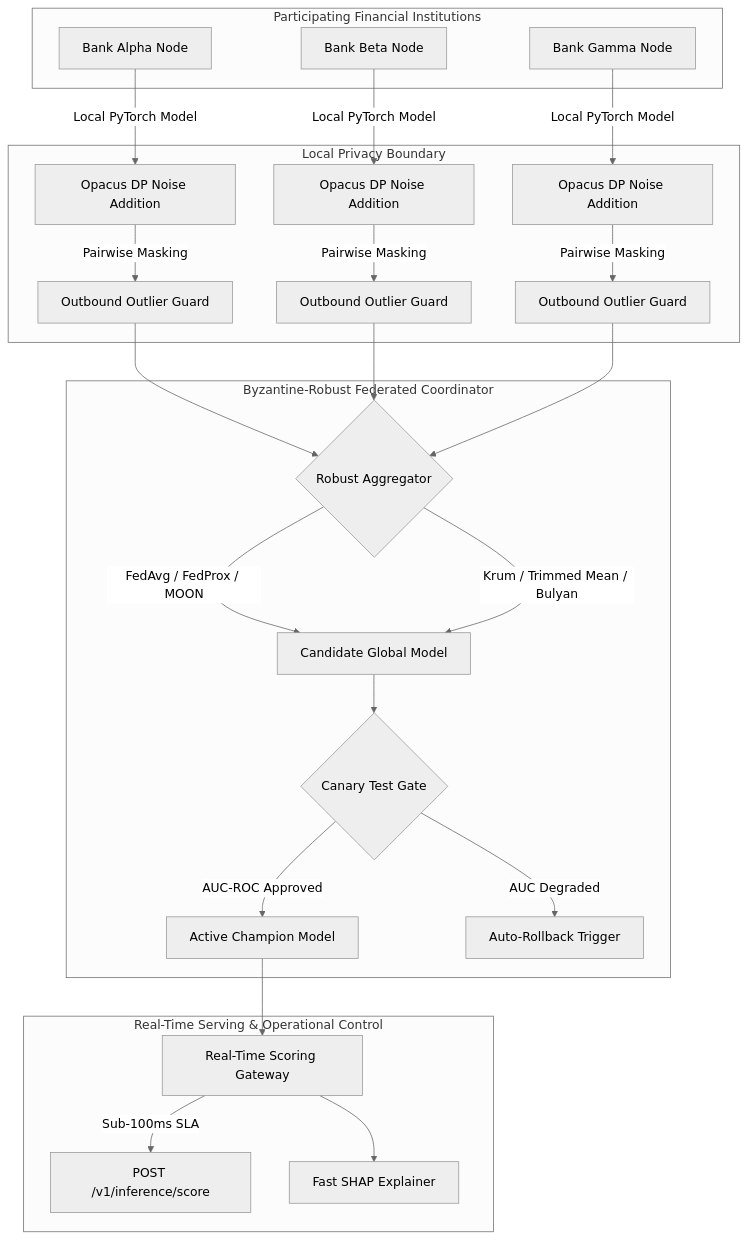
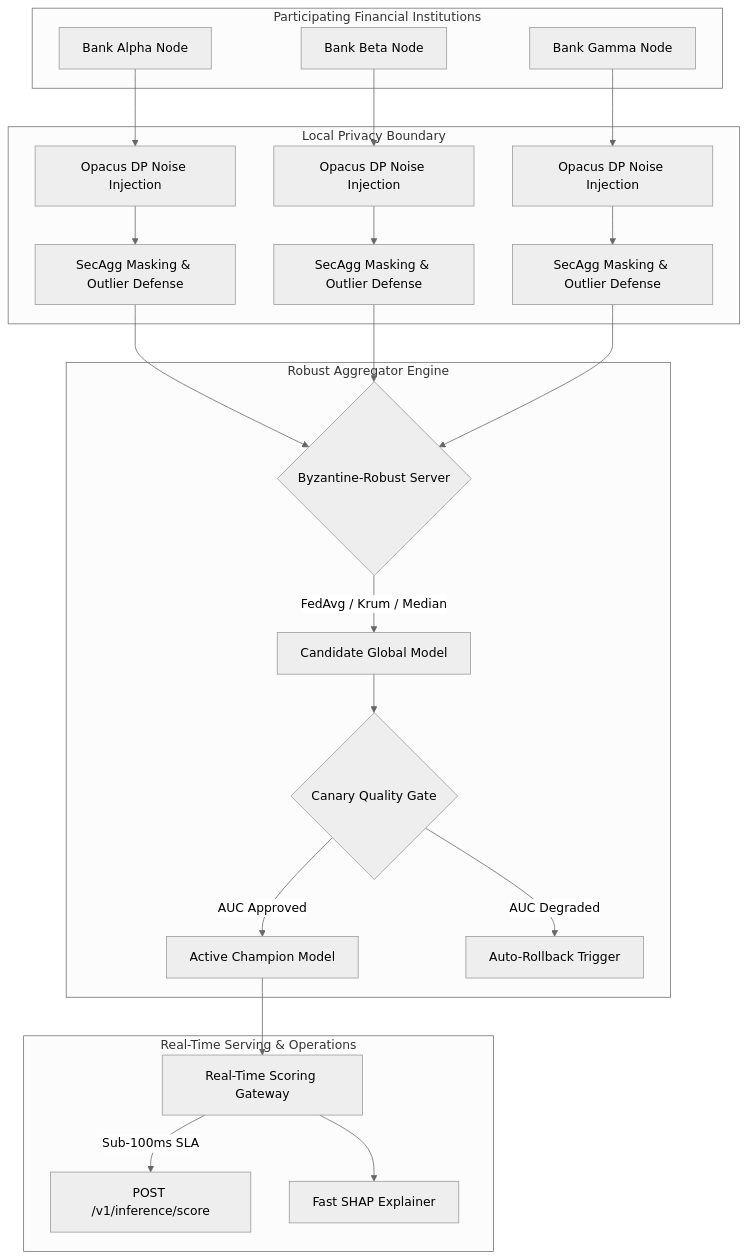
Before and after one commit to yusufcalisir/Collaborative-Fraud-Intelligence-Simulator: the first of 3 diagrams in README.md, drawn with Mermaid (neutral theme). The commit also changed other lines of this file, not shown here.

Commit message:
fix(docs): optimize ASCII and Mermaid architecture diagrams to 70-char viewport width to eliminate horizontal scrolling

````diff
--- a/README.md
+++ b/README.md
@@ -95,32 +81,31 @@
 ```mermaid
 flowchart TD
     subgraph Banks["Participating Financial Institutions"]
-        A[Bank Alpha Node]
-        B[Bank Beta Node]
-        C[Bank Gamma Node]
+        A["Bank Alpha Node"]
+        B["Bank Beta Node"]
+        C["Bank Gamma Node"]
     end
 
-    subgraph LocalTraining["Local Privacy Boundary"]
-        A -->|Local PyTorch Model| D1[Opacus DP Noise Addition]
-        B -->|Local PyTorch Model| D2[Opacus DP Noise Addition]
-        C -->|Local PyTorch Model| D3[Opacus DP Noise Addition]
-        D1 -->|Pairwise Masking| S1[Outbound Outlier Guard]
-        D2 -->|Pairwise Masking| S2[Outbound Outlier Guard]
-        D3 -->|Pairwise Masking| S3[Outbound Outlier Guard]
+    subgraph LocalPrivacy["Local Privacy Boundary"]
+        A --> D1["Opacus DP Noise Injection"]
+        B --> D2["Opacus DP Noise Injection"]
+        C --> D3["Opacus DP Noise Injection"]
+        D1 --> S1["SecAgg Masking & Outlier Defense"]
+        D2 --> S2["SecAgg Masking & Outlier Defense"]
+        D3 --> S3["SecAgg Masking & Outlier Defense"]
     end
 
-    subgraph Coordinator["Byzantine-Robust Federated Coordinator"]
-        S1 & S2 & S3 --> Agg{Robust Aggregator}
-        Agg -->|FedAvg / FedProx / MOON| G[Candidate Global Model]
-        Agg -->|Krum / Trimmed Mean / Bulyan| G
-        G --> Canary{Canary Test Gate}
-        Canary -->|AUC-ROC Approved| Promoted[Active Champion Model]
-        Canary -->|AUC Degraded| Rollback[Auto-Rollback Trigger]
+    subgraph Coordinator["Robust Aggregator Engine"]
+        S1 & S2 & S3 --> Agg{"Byzantine-Robust Server"}
+        Agg -->|FedAvg / Krum / Median| G["Candidate Global Model"]
+        G --> Canary{"Canary Quality Gate"}
+        Canary -->|AUC Approved| Promoted["Active Champion Model"]
+        Canary -->|AUC Degraded| Rollback["Auto-Rollback Trigger"]
     end
 
-    subgraph Serving["Real-Time Serving & Operational Control"]
-        Promoted --> InferenceGateway[Real-Time Scoring Gateway]
-        InferenceGateway -->|Sub-100ms SLA| API[POST /v1/inference/score]
-        InferenceGateway --> Explainer[Fast SHAP Explainer]
+    subgraph Serving["Real-Time Serving & Operations"]
+        Promoted --> InferenceGateway["Real-Time Scoring Gateway"]
+        InferenceGateway -->|Sub-100ms SLA| API["POST /v1/inference/score"]
+        InferenceGateway --> Explainer["Fast SHAP Explainer"]
     end
 ```
````
